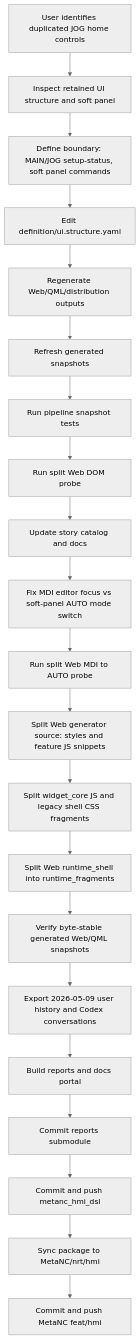
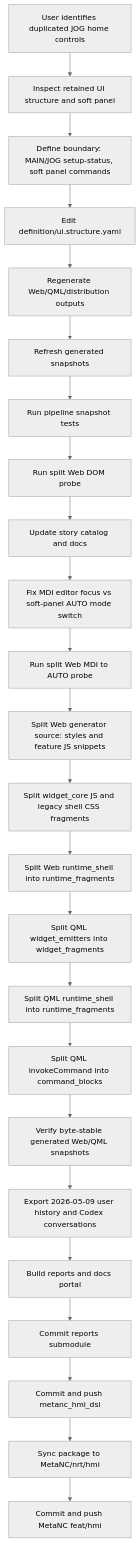
The diagram in 2026-05-09-codex-session/workflow-diagram.md (luppiterw/metanc_hmi_dsl_reports), drawn with Mermaid (neutral theme) before and after one commit. The commit also changed 17 other files, not shown here.

````diff
--- a/2026-05-09-codex-session/workflow-diagram.md
+++ b/2026-05-09-codex-session/workflow-diagram.md
@@ -3,23 +3,26 @@
 ```mermaid
 flowchart TD
     A[User identifies duplicated JOG home controls] --> B[Inspect retained UI structure and soft panel]
     B --> C[Define boundary: MAIN/JOG setup-status, soft panel commands]
     C --> D[Edit definition/ui.structure.yaml]
     D --> E[Regenerate Web/QML/distribution outputs]
     E --> F[Refresh generated snapshots]
     F --> G[Run pipeline snapshot tests]
     G --> H[Run split Web DOM probe]
     H --> I[Update story catalog and docs]
     I --> J[Fix MDI editor focus vs soft-panel AUTO mode switch]
     J --> K[Run split Web MDI to AUTO probe]
     K --> L[Split Web generator source: styles and feature JS snippets]
     L --> M[Split widget_core JS and legacy shell CSS fragments]
     M --> N[Split Web runtime_shell into runtime_fragments]
-    N --> O[Verify byte-stable generated Web/QML snapshots]
-    O --> P[Export 2026-05-09 user history and Codex conversations]
-    P --> Q[Build reports and docs portal]
-    Q --> R[Commit reports submodule]
-    R --> S[Commit and push metanc_hmi_dsl]
-    S --> T[Sync package to MetaNC/nrt/hmi]
-    T --> U[Commit and push MetaNC feat/hmi]
+    N --> O[Split QML widget_emitters into widget_fragments]
+    O --> P[Split QML runtime_shell into runtime_fragments]
+    P --> Q[Split QML invokeCommand into command_blocks]
+    Q --> R[Verify byte-stable generated Web/QML snapshots]
+    R --> S[Export 2026-05-09 user history and Codex conversations]
+    S --> T[Build reports and docs portal]
+    T --> U[Commit reports submodule]
+    U --> V[Commit and push metanc_hmi_dsl]
+    V --> W[Sync package to MetaNC/nrt/hmi]
+    W --> X[Commit and push MetaNC feat/hmi]
 ```
````
